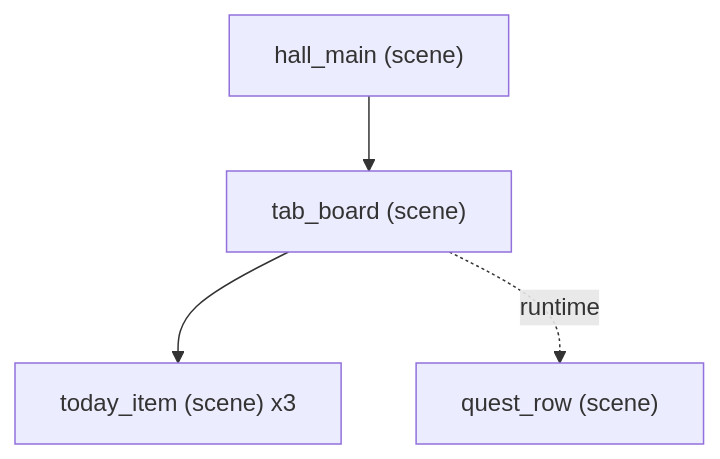
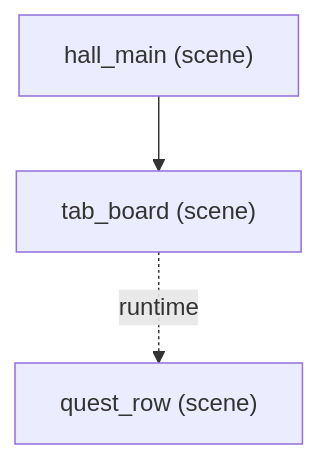
Before and after one commit to ActuallySanta/Fantasy-Guild-Manager: the diagram in Docs/vault/Scenes/Tabs/tab_board (scene).md, drawn with Mermaid. The commit also changed other lines of this file and 13 other files, not shown here.

````diff
--- a/Docs/vault/Scenes/Tabs/tab_board (scene).md
+++ b/Docs/vault/Scenes/Tabs/tab_board (scene).md
@@ -25,6 +25,5 @@
 ```mermaid
 flowchart TD
   P["hall_main (scene)"] --> T["tab_board (scene)"]
-  T --> I["today_item (scene) x3"]
   T -.runtime.-> R["quest_row (scene)"]
 ```
````
